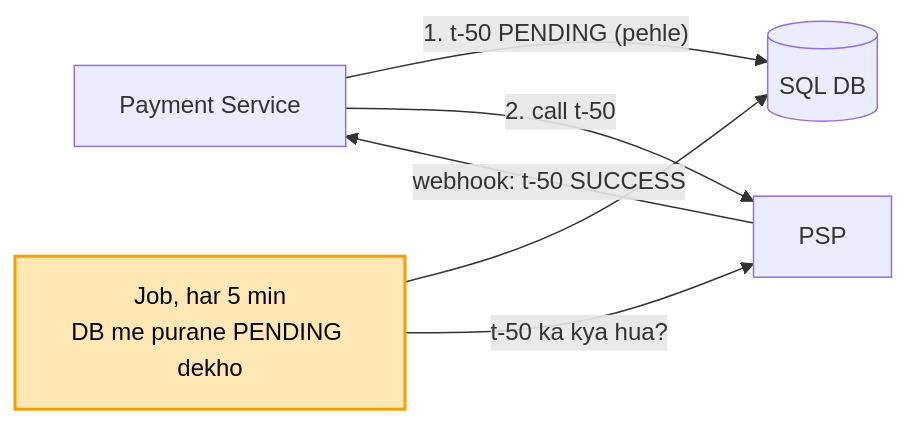
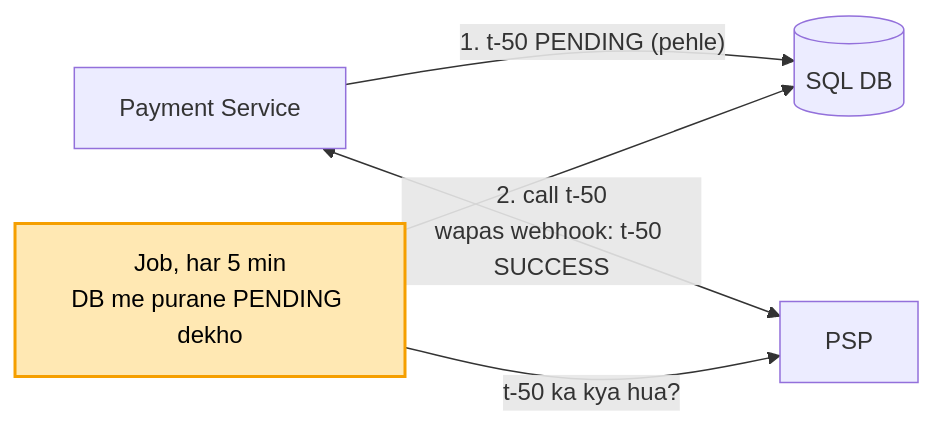
Before and after one commit to ArpanMaheshwari144/Prep: the third of 6 diagrams in 04_HLD/SYSTEM_DESIGNS/06_payment_system/06_payment_system.md, drawn with Mermaid. The commit also changed other lines of this file and 7 other files, not shown here.

Commit message:
HLD diagram: 13 jagah do dabbon ke beech do teer the (label dabbe pe chadhta) -> ek teer, jaata / wapas do line

````diff
--- a/04_HLD/SYSTEM_DESIGNS/06_payment_system/06_payment_system.md
+++ b/04_HLD/SYSTEM_DESIGNS/06_payment_system/06_payment_system.md
@@ -158,9 +157,8 @@
 ```mermaid
 flowchart LR
     S["Payment Service"] -- "1. t-50 PENDING (pehle)" --> D[("SQL DB")]
-    S -- "2. call t-50" --> P["PSP"]
-    P -- "webhook: t-50 SUCCESS" --> S
+    S <-->|"2. call t-50<br/>wapas webhook: t-50 SUCCESS"| P["PSP"]
     J["Job, har 5 min<br/>DB me purane PENDING dekho"] --> D
     J -- "t-50 ka kya hua?" --> P
     style J fill:#ffe8b3,stroke:#f59f00,stroke-width:2px,color:#000
 ```
````
